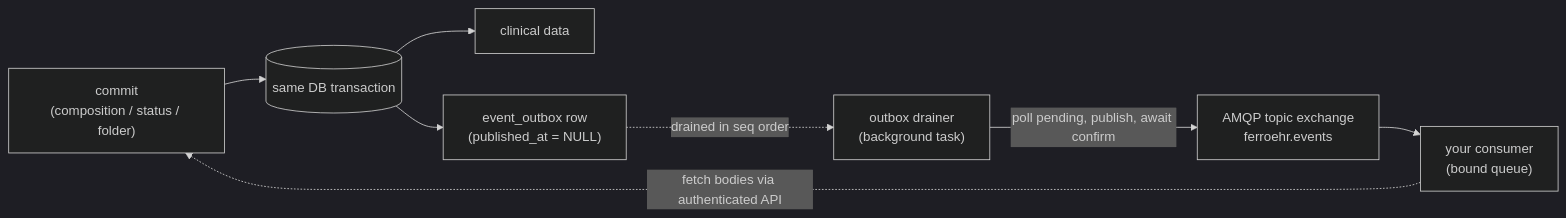
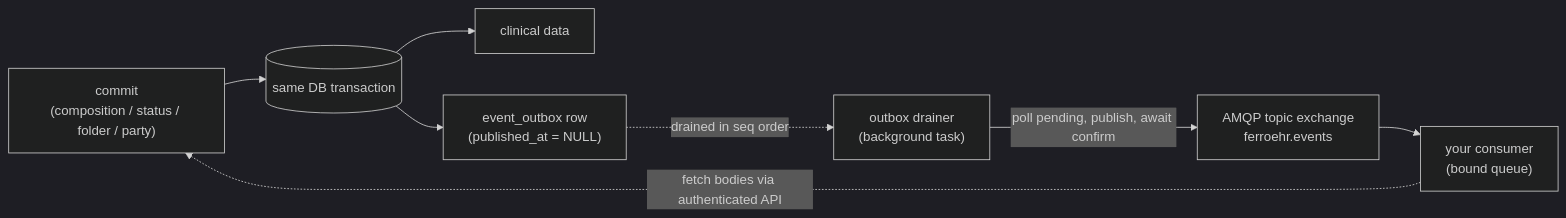
The diagram in website/book/src/beyond-core/amqp.md (rubentalstra/FerroEHR), drawn with Mermaid (dark theme) before and after one commit. The commit also changed other lines of this file and 16 other files, not shown here.

````diff
--- a/website/book/src/beyond-core/amqp.md
+++ b/website/book/src/beyond-core/amqp.md
@@ -27,18 +33,18 @@
 ```mermaid
 flowchart LR
-    commit["commit<br/>(composition / status / folder)"]
+    commit["commit<br/>(composition / status / folder / party)"]
     tx[("same DB transaction")]
     node["clinical data"]
     outbox["event_outbox row<br/>(published_at = NULL)"]
     drain["outbox drainer<br/>(background task)"]
     broker["AMQP topic exchange<br/>ferroehr.events"]
     consumer["your consumer<br/>(bound queue)"]
 
     commit --> tx
     tx --> node
     tx --> outbox
     drain -->|"poll pending, publish, await confirm"| broker
     outbox -.->|"drained in seq order"| drain
     broker --> consumer
     consumer -.->|"fetch bodies via authenticated API"| commit
 ```
````
